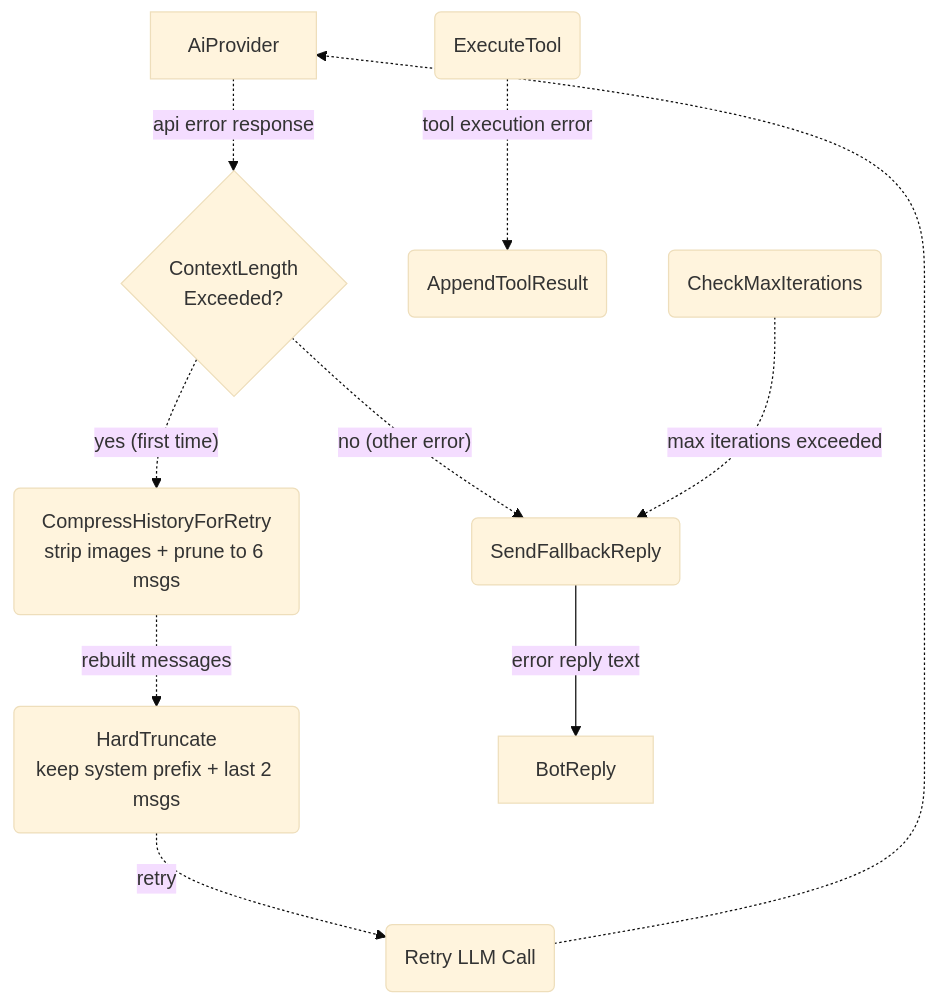
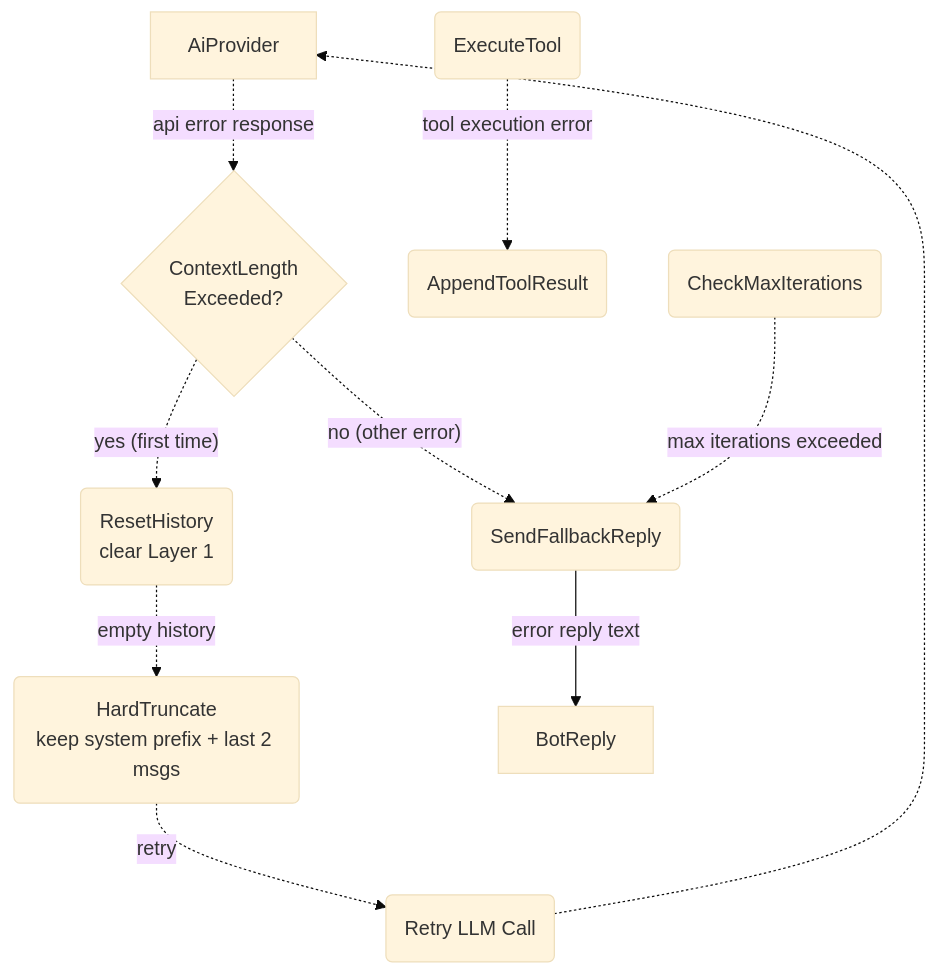
The second of 10 diagrams in _dfd/agent/agent-harness.md (cosmoswafer/rockbot), drawn with Mermaid (base theme) before and after one commit. The commit also changed other lines of this file and 19 other files, not shown here.

````diff
--- a/_dfd/agent/agent-harness.md
+++ b/_dfd/agent/agent-harness.md
@@ -80,23 +78,23 @@
 ```mermaid
 flowchart TD
     AI[AiProvider]
     TOOL_EXEC(ExecuteTool)
     LOOP_LIMIT(CheckMaxIterations)
     APPEND(AppendToolResult)
     FALLBACK(SendFallbackReply)
-    COMPRESS{ContextLength<br/>Exceeded?}
-    STRIP(CompressHistoryForRetry<br/>strip images + prune to 6 msgs)
+    CHECK{ContextLength<br/>Exceeded?}
+    RESET(ResetHistory<br/>clear Layer 1)
     REBUILD(HardTruncate<br/>keep system prefix + last 2 msgs)
     RETRY(Retry LLM Call)
     REPLY[BotReply]
 
-    AI -.->|"api error response"| COMPRESS
-    COMPRESS -.->|"yes (first time)"| STRIP
-    COMPRESS -.->|"no (other error)"| FALLBACK
-    STRIP -.->|"rebuilt messages"| REBUILD
+    AI -.->|"api error response"| CHECK
+    CHECK -.->|"yes (first time)"| RESET
+    CHECK -.->|"no (other error)"| FALLBACK
+    RESET -.->|"empty history"| REBUILD
     REBUILD -.->|"retry"| RETRY
     RETRY -.-> AI
     TOOL_EXEC -.->|"tool execution error"| APPEND
     LOOP_LIMIT -.->|"max iterations exceeded"| FALLBACK
     FALLBACK -->|"error reply text"| REPLY
 ```
````
